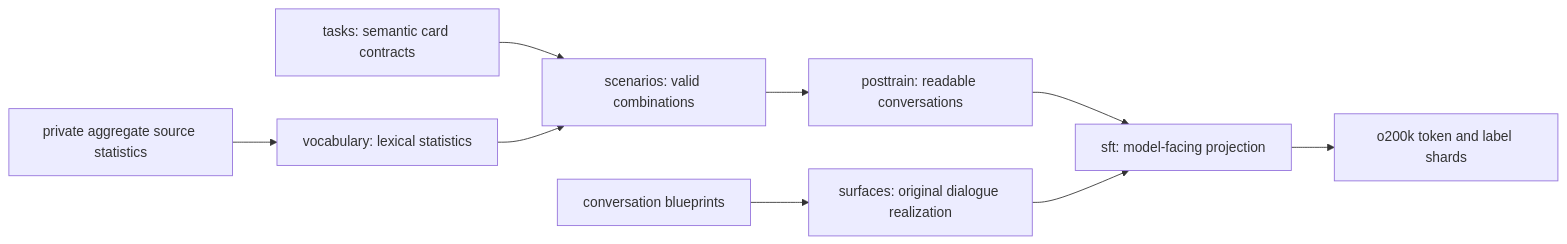
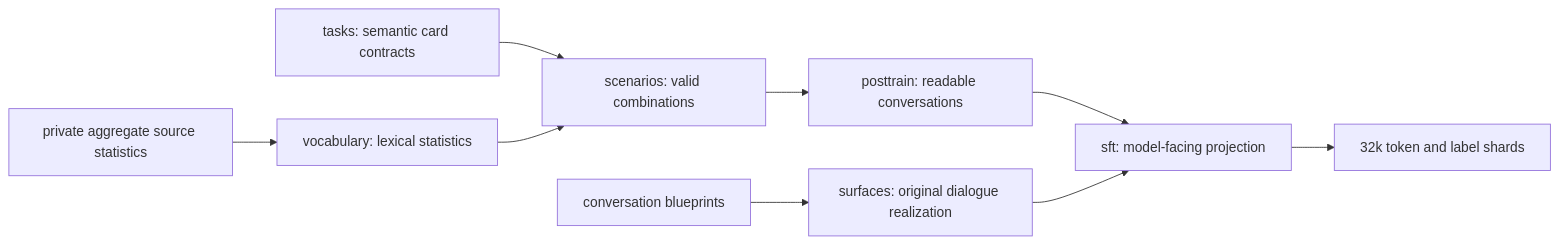
One commit to Complexity-ML/complexity-card-corpus changed the diagram in docs/code-architecture.md. Above: the diagram before and after it, drawn with Mermaid. The commit also changed 34 other files, not shown here.

````diff
--- a/docs/code-architecture.md
+++ b/docs/code-architecture.md
@@ -7,11 +7,11 @@
 ```mermaid
 flowchart LR
     Cards["tasks: semantic card contracts"] --> Scenarios["scenarios: valid combinations"]
     Scenarios --> Posttrain["posttrain: readable conversations"]
     Posttrain --> SFT["sft: model-facing projection"]
-    SFT --> Tokens["o200k token and label shards"]
+    SFT --> Tokens["32k token and label shards"]
     Sources["private aggregate source statistics"] --> Vocabulary["vocabulary: lexical statistics"]
     Vocabulary --> Scenarios
     Blueprints["conversation blueprints"] --> Surfaces["surfaces: original dialogue realization"]
     Surfaces --> SFT
 ```
````
